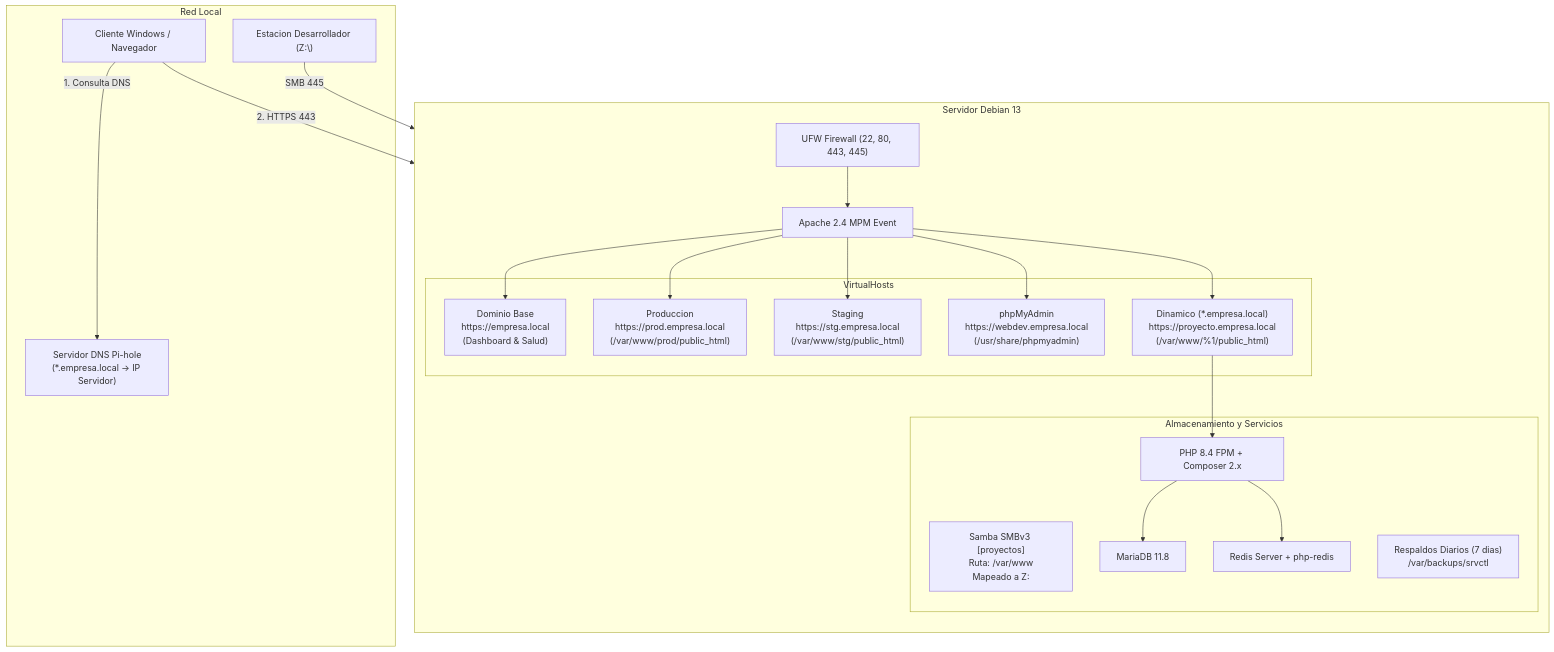
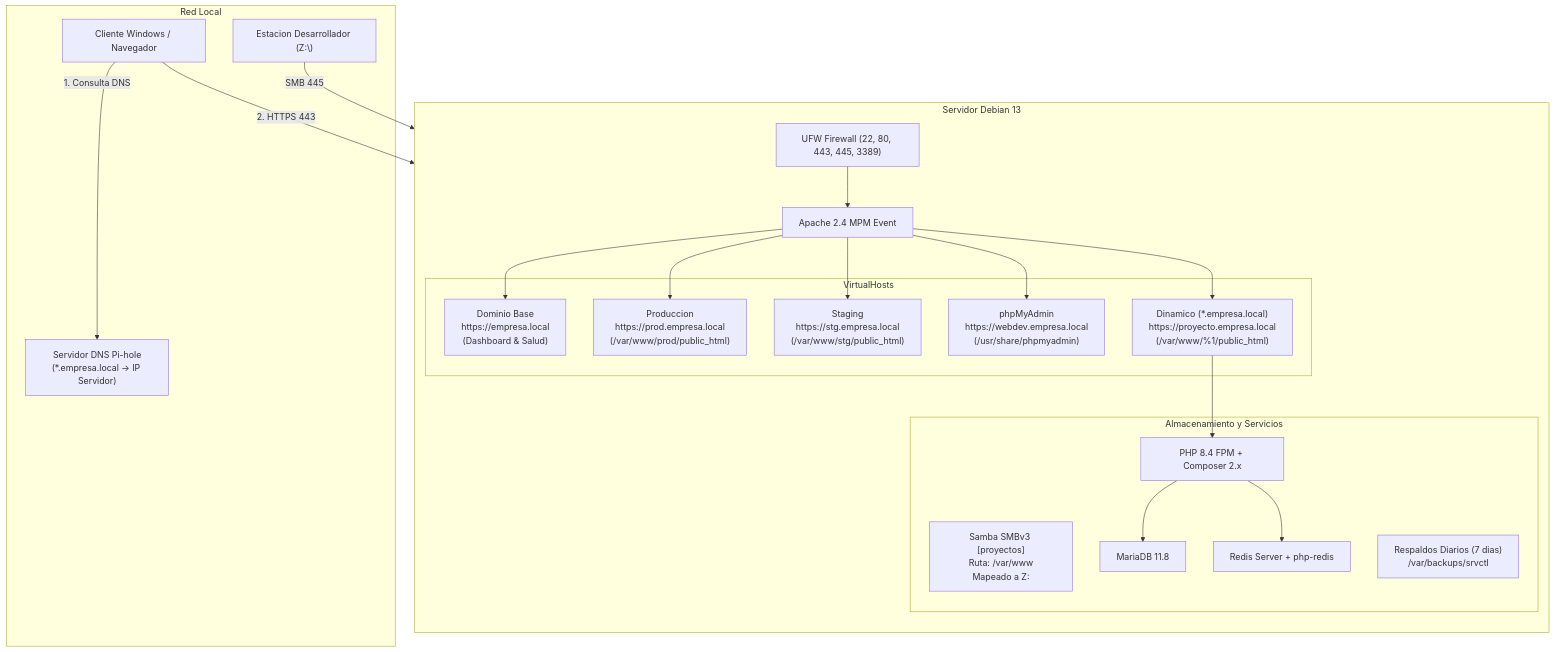
The first of 2 diagrams in README.md (ftole/svr_web_debian), drawn with Mermaid before and after one commit. The commit also changed other lines of this file, not shown here.

````diff
--- a/README.md
+++ b/README.md
@@ -62,43 +62,43 @@
 ```mermaid
 flowchart TD
     subgraph Red Local
         ClienteWindows["Cliente Windows / Navegador"]
         DevWindows["Estacion Desarrollador (Z:\)"]
         PiHole["Servidor DNS Pi-hole\n(*.empresa.local -> IP Servidor)"]
     end
 
     subgraph Servidor Debian 13
         direction TB
-        Firewall["UFW Firewall (22, 80, 443, 445)"]
+        Firewall["UFW Firewall (22, 80, 443, 445, 3389)"]
         Apache["Apache 2.4 MPM Event"]
 
         subgraph VirtualHosts
             VHostBase["Dominio Base\nhttps://empresa.local\n(Dashboard & Salud)"]
             VHostProd["Produccion\nhttps://prod.empresa.local\n(/var/www/prod/public_html)"]
             VHostStg["Staging\nhttps://stg.empresa.local\n(/var/www/stg/public_html)"]
             VHostPMA["phpMyAdmin\nhttps://webdev.empresa.local\n(/usr/share/phpmyadmin)"]
             VHostDynamic["Dinamico (*.empresa.local)\nhttps://proyecto.empresa.local\n(/var/www/%1/public_html)"]
         end
 
         subgraph Almacenamiento y Servicios
             SambaShare["Samba SMBv3 [proyectos]\nRuta: /var/www\nMapeado a Z:"]
             PHPEngine["PHP 8.4 FPM + Composer 2.x"]
             RedisEngine["Redis Server + php-redis"]
             MariaDBEngine["MariaDB 11.8"]
             Backups["Respaldos Diarios (7 dias)\n/var/backups/srvctl"]
         end
     end
 
     ClienteWindows -->|1. Consulta DNS| PiHole
     ClienteWindows -->|2. HTTPS 443| Firewall
     DevWindows -->|SMB 445| SambaShare
     Firewall --> Apache
     Apache --> VHostBase
     Apache --> VHostProd
     Apache --> VHostStg
     Apache --> VHostPMA
     Apache --> VHostDynamic
     VHostDynamic --> PHPEngine
     PHPEngine --> MariaDBEngine
     PHPEngine --> RedisEngine
 ```
````
